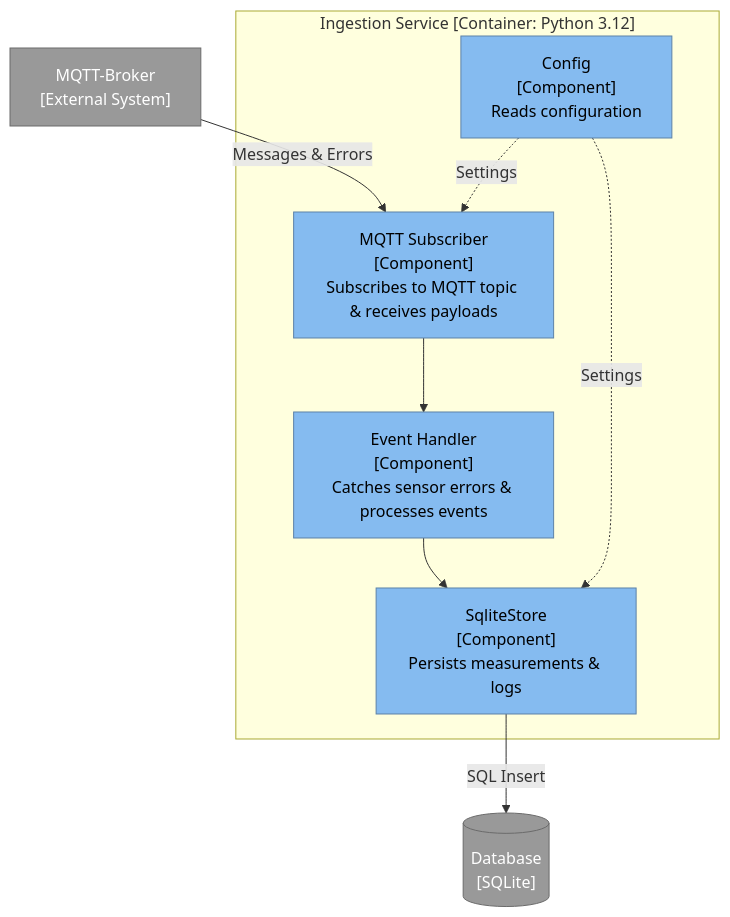
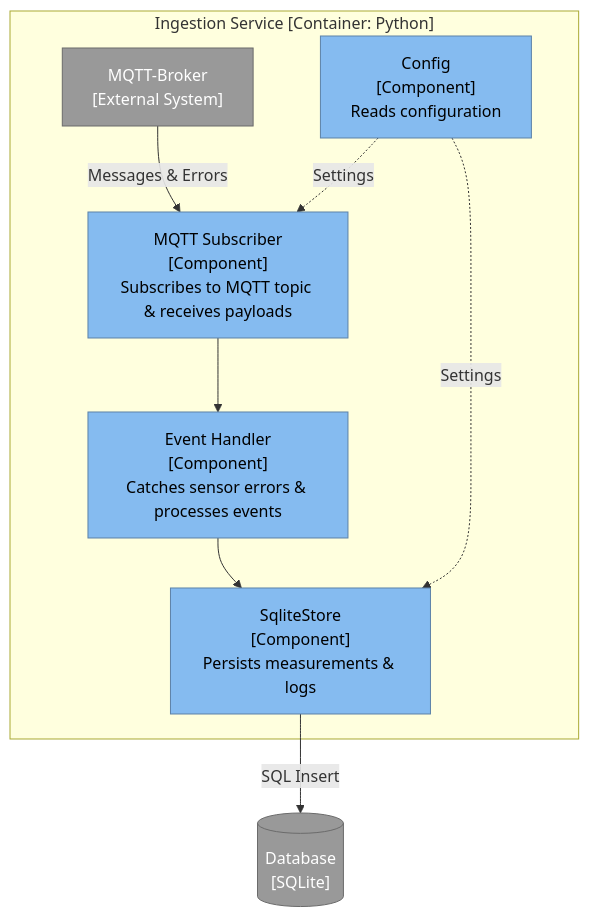
The third of 5 diagrams in docs/architecture.md (schusim/SW_engineeringProject), drawn with Mermaid before and after one commit. The commit also changed other lines of this file, not shown here.

Commit message:
docs[architecture]: docker container adjusted in the diagramm

````diff
--- a/docs/architecture.md
+++ b/docs/architecture.md
@@ -60,22 +64,23 @@
 ```mermaid
 flowchart TB
-    subgraph Ingestion ["Ingestion Service [Container: Python 3.12]"]
+    subgraph Ingestion ["Ingestion Service [Container: Python]"]
         config["Config<br/>[Component]<br/>Reads configuration"]
+        mqtt["MQTT-Broker<br/>[External System]"] -->|"Messages & Errors"| subscriber
         subscriber["MQTT Subscriber<br/>[Component]<br/>Subscribes to MQTT topic & receives payloads"]
         handler["Event Handler<br/>[Component]<br/>Catches sensor errors & processes events"]
         store["SqliteStore<br/>[Component]<br/>Persists measurements & logs"]
     end
 
-    mqtt["MQTT-Broker<br/>[External System]"] -->|"Messages & Errors"| subscriber
+    
     subscriber --> handler
     handler --> store
     store -->|"SQL Insert"| db[("Database<br/>[SQLite]")]
     config -.->|"Settings"| subscriber
     config -.->|"Settings"| store
 
     classDef container fill:#438dd5,stroke:#2e6295,color:#ffffff
     classDef component fill:#85bbf0,stroke:#5d82a8,color:#000000
     classDef external fill:#999999,stroke:#6b6b6b,color:#ffffff
     class subscriber,handler,store,config component
     class mqtt,db external
 ```
````
